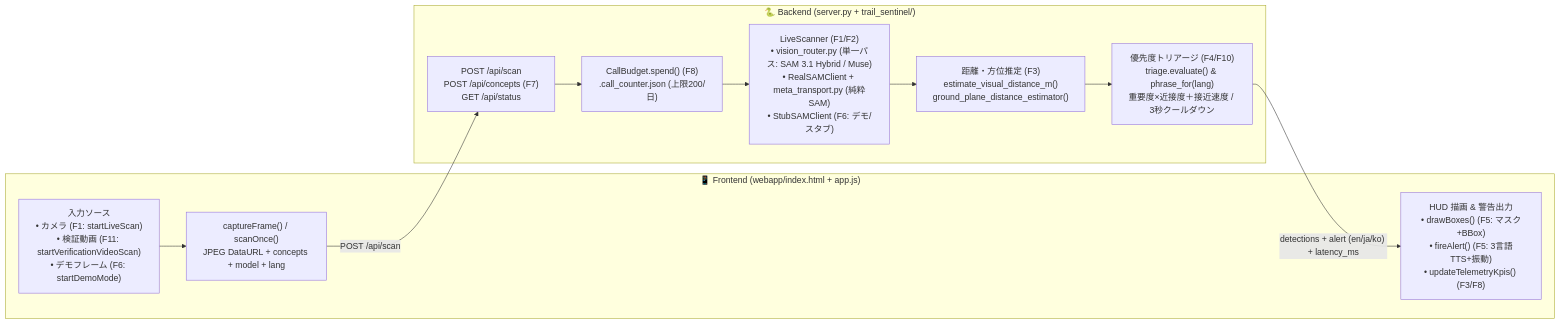
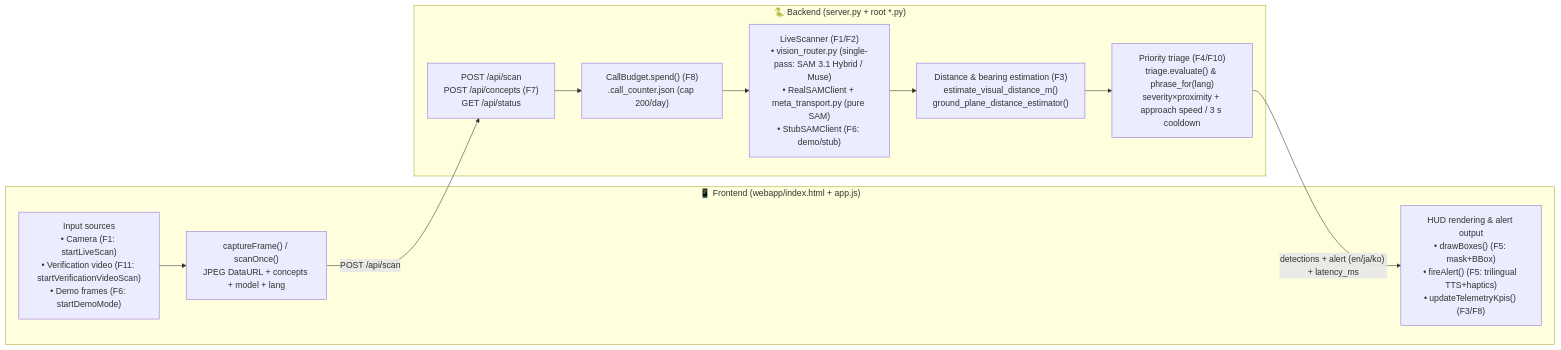
The diagram in FEATURE_MAP.md (buddypia/trail-sentinel), drawn with Mermaid before and after one commit. The commit also changed other lines of this file and 26 other files, not shown here.

First line of the commit message:
refactor: flatten trail_sentinel package to repo root and translate docs to English

````diff
--- a/FEATURE_MAP.md
+++ b/FEATURE_MAP.md
@@ -52,20 +52,20 @@
 ```mermaid
 flowchart LR
   subgraph Browser["📱 Frontend (webapp/index.html + app.js)"]
-    SRC["入力ソース<br/>• カメラ (F1: startLiveScan)<br/>• 検証動画 (F11: startVerificationVideoScan)<br/>• デモフレーム (F6: startDemoMode)"]
+    SRC["Input sources<br/>• Camera (F1: startLiveScan)<br/>• Verification video (F11: startVerificationVideoScan)<br/>• Demo frames (F6: startDemoMode)"]
     CAP["captureFrame() / scanOnce()<br/>JPEG DataURL + concepts + model + lang"]
-    HUD["HUD 描画 & 警告出力<br/>• drawBoxes() (F5: マスク+BBox)<br/>• fireAlert() (F5: 3言語TTS+振動)<br/>• updateTelemetryKpis() (F3/F8)"]
+    HUD["HUD rendering & alert output<br/>• drawBoxes() (F5: mask+BBox)<br/>• fireAlert() (F5: trilingual TTS+haptics)<br/>• updateTelemetryKpis() (F3/F8)"]
   end
 
-  subgraph Server["🐍 Backend (server.py + trail_sentinel/)"]
+  subgraph Server["🐍 Backend (server.py + root *.py)"]
     API["POST /api/scan<br/>POST /api/concepts (F7)<br/>GET /api/status"]
-    BUD["CallBudget.spend() (F8)<br/>.call_counter.json (上限200/日)"]
-    ROUTER["LiveScanner (F1/F2)<br/>• vision_router.py (単一パス: SAM 3.1 Hybrid / Muse)<br/>• RealSAMClient + meta_transport.py (純粋SAM)<br/>• StubSAMClient (F6: デモ/スタブ)"]
-    DIST["距離・方位推定 (F3)<br/>estimate_visual_distance_m()<br/>ground_plane_distance_estimator()"]
-    TRIAGE["優先度トリアージ (F4/F10)<br/>triage.evaluate() & phrase_for(lang)<br/>重要度×近接度＋接近速度 / 3秒クールダウン"]
+    BUD["CallBudget.spend() (F8)<br/>.call_counter.json (cap 200/day)"]
+    ROUTER["LiveScanner (F1/F2)<br/>• vision_router.py (single-pass: SAM 3.1 Hybrid / Muse)<br/>• RealSAMClient + meta_transport.py (pure SAM)<br/>• StubSAMClient (F6: demo/stub)"]
+    DIST["Distance & bearing estimation (F3)<br/>estimate_visual_distance_m()<br/>ground_plane_distance_estimator()"]
+    TRIAGE["Priority triage (F4/F10)<br/>triage.evaluate() & phrase_for(lang)<br/>severity×proximity + approach speed / 3 s cooldown"]
   end
 
   SRC --> CAP -->|"POST /api/scan"| API
   API --> BUD --> ROUTER --> DIST --> TRIAGE
   TRIAGE -->|"detections + alert (en/ja/ko) + latency_ms"| HUD
 ```
````
